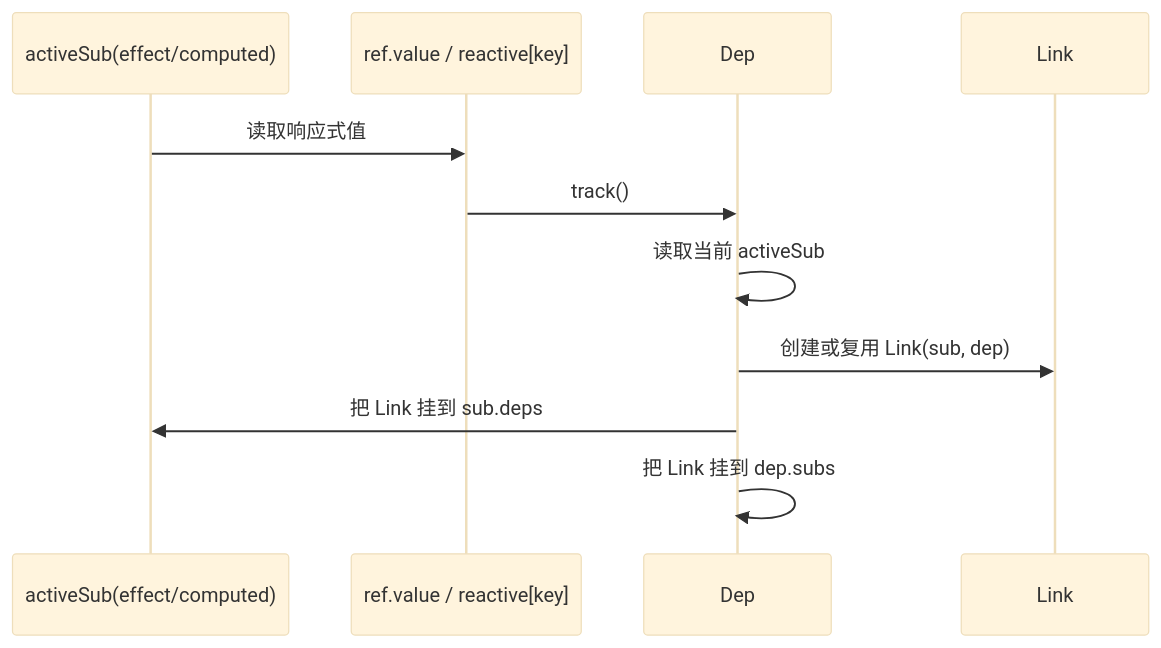
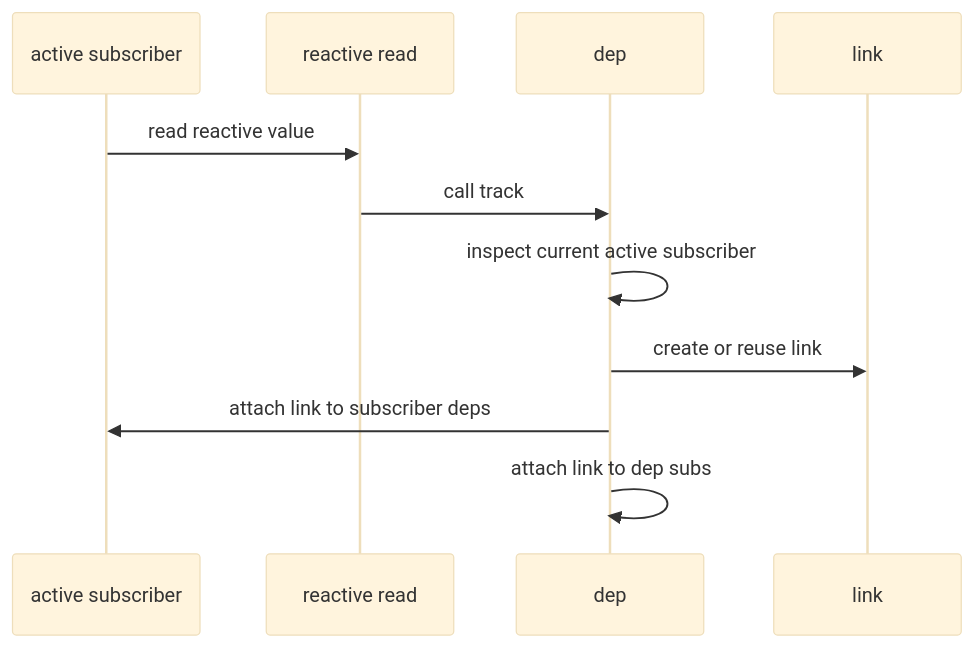
Before and after one commit to Tajigaqzh/front_basic: the seventh of 12 diagrams in docs/vue/source/reactivity/dep-link-explained.md, drawn with Mermaid (base theme). The commit also changed other lines of this file and 11 other files, not shown here.

````diff
--- a/docs/vue/source/reactivity/dep-link-explained.md
+++ b/docs/vue/source/reactivity/dep-link-explained.md
@@ -435,14 +435,14 @@
 ```mermaid
 sequenceDiagram
-    participant S as activeSub(effect/computed)
-    participant R as ref.value / reactive[key]
-    participant D as Dep
-    participant L as Link
+    participant S as active subscriber
+    participant R as reactive read
+    participant D as dep
+    participant L as link
 
-    S->>R: 读取响应式值
-    R->>D: track()
-    D->>D: 读取当前 activeSub
-    D->>L: 创建或复用 Link(sub, dep)
-    D->>S: 把 Link 挂到 sub.deps
-    D->>D: 把 Link 挂到 dep.subs
+    S->>R: read reactive value
+    R->>D: call track
+    D->>D: inspect current active subscriber
+    D->>L: create or reuse link
+    D->>S: attach link to subscriber deps
+    D->>D: attach link to dep subs
 ```
````
